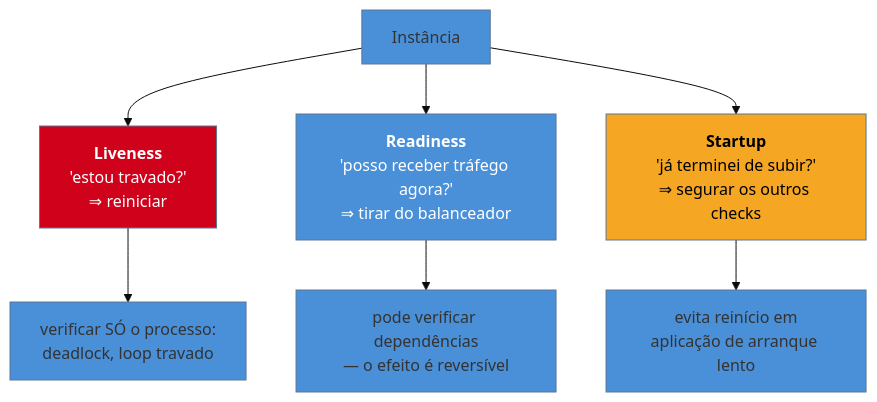
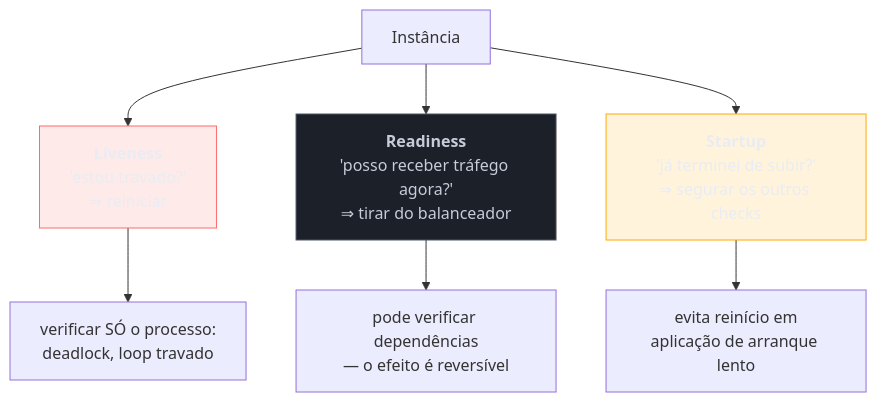
One commit to josenaldo/codex-technomanticus changed the diagram in 03-Dominios/Engenharia/Design de Software/Padrões de Projeto/Nuvem e Resiliência/09 - Health Endpoint Monitoring.md. Above: the diagram before and after it, drawn with Mermaid. The commit also changed 1181 other files, not shown here.

First line of the commit message:
fix(diagramas): paleta do sistema no lugar de cor cravada no markdown

````diff
--- a/03-Dominios/Engenharia/Design de Software/Padrões de Projeto/Nuvem e Resiliência/09 - Health Endpoint Monitoring.md
+++ b/03-Dominios/Engenharia/Design de Software/Padrões de Projeto/Nuvem e Resiliência/09 - Health Endpoint Monitoring.md
@@ -44,15 +44,17 @@
 ```mermaid
-%%{init: {"theme": "base", "themeVariables": {"primaryColor": "#4A90D9"}}}%%
 graph TD
+    classDef falha fill:#FF6B6B24,stroke:#FF6B6B,color:#E9ECF2
+    classDef neutro fill:#1B2029,stroke:#4E5666,color:#C6CCD8
+    classDef destaque fill:#FFAA0024,stroke:#FFAA00,color:#E9ECF2
     S["Instância"] --> L["<b>Liveness</b><br/>'estou travado?'<br/>⇒ reiniciar"]
     S --> R["<b>Readiness</b><br/>'posso receber tráfego agora?'<br/>⇒ tirar do balanceador"]
     S --> ST["<b>Startup</b><br/>'já terminei de subir?'<br/>⇒ segurar os outros checks"]
 
     L --> LN["verificar SÓ o processo:<br/>deadlock, loop travado"]
     R --> RN["pode verificar dependências<br/>— o efeito é reversível"]
     ST --> SN["evita reinício em<br/>aplicação de arranque lento"]
 
-    style L fill:#D0021B,color:#fff
-    style R fill:#4A90D9,color:#fff
-    style ST fill:#F5A623,color:#000
+    class L falha
+    class R neutro
+    class ST destaque
 ```
````
